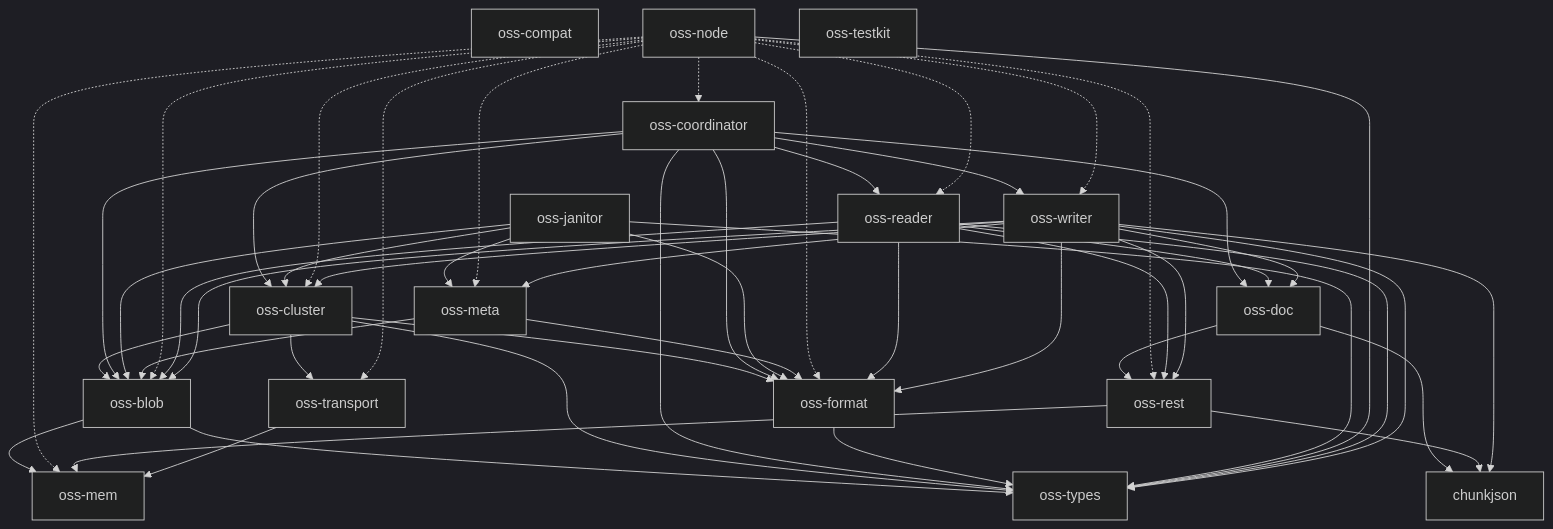
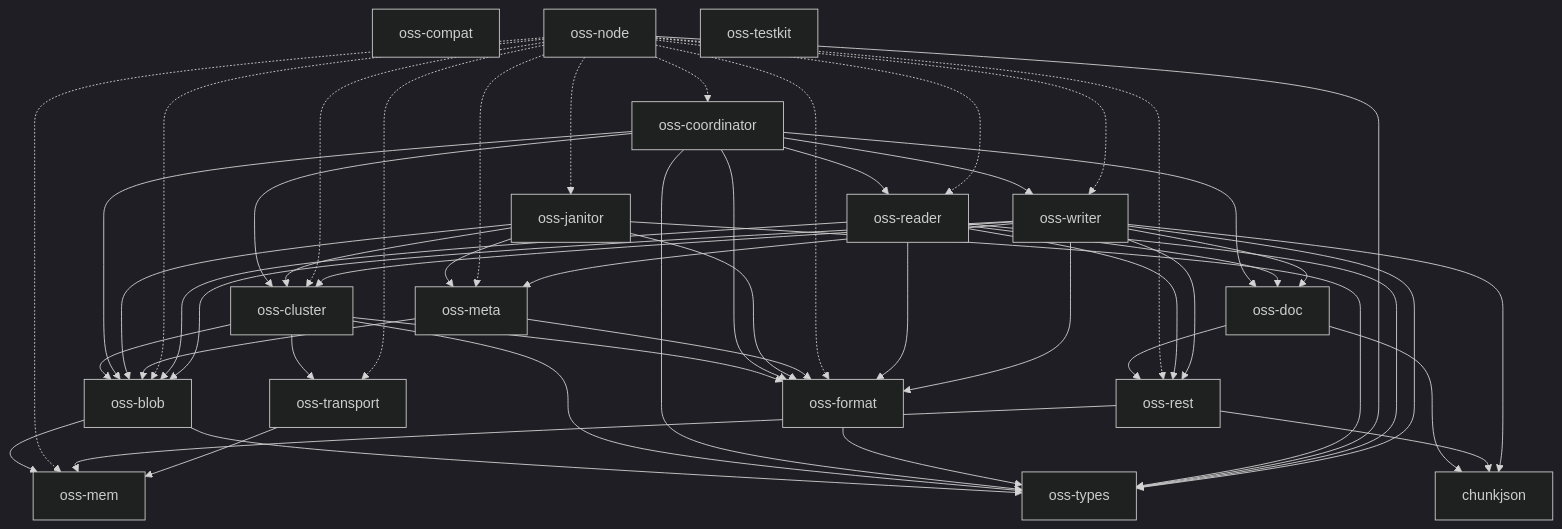
The diagram in docs/architecture.md (huyz0/opensearch-serverless), drawn with Mermaid (dark theme) before and after one commit.

Commit message:
docs(architecture): regenerate the crate map for the node's janitor edge

````diff
--- a/docs/architecture.md
+++ b/docs/architecture.md
@@ -10,58 +10,59 @@
 ```mermaid
 graph TD
     chunkjson
     oss-blob --> oss-mem
     oss-blob --> oss-types
     oss-cluster --> oss-blob
     oss-cluster --> oss-format
     oss-cluster --> oss-transport
     oss-cluster --> oss-types
     oss-compat
     oss-coordinator --> oss-blob
     oss-coordinator --> oss-cluster
     oss-coordinator --> oss-doc
     oss-coordinator --> oss-format
     oss-coordinator --> oss-reader
     oss-coordinator --> oss-types
     oss-coordinator --> oss-writer
     oss-doc --> chunkjson
     oss-doc --> oss-rest
     oss-format --> oss-types
     oss-janitor --> oss-blob
     oss-janitor --> oss-cluster
     oss-janitor --> oss-format
     oss-janitor --> oss-meta
     oss-janitor --> oss-types
     oss-mem
     oss-meta --> oss-blob
     oss-meta --> oss-format
     oss-node -.-> oss-blob
     oss-node -.-> oss-cluster
     oss-node -.-> oss-coordinator
     oss-node -.-> oss-format
+    oss-node -.-> oss-janitor
     oss-node -.-> oss-mem
     oss-node -.-> oss-meta
     oss-node -.-> oss-reader
     oss-node -.-> oss-rest
     oss-node -.-> oss-transport
     oss-node --> oss-types
     oss-node -.-> oss-writer
     oss-reader --> oss-blob
     oss-reader --> oss-doc
     oss-reader --> oss-format
     oss-reader --> oss-rest
     oss-reader --> oss-types
     oss-rest --> chunkjson
     oss-rest --> oss-mem
     oss-testkit
     oss-transport --> oss-mem
     oss-types
     oss-writer --> chunkjson
     oss-writer --> oss-blob
     oss-writer --> oss-cluster
     oss-writer --> oss-doc
     oss-writer --> oss-format
     oss-writer --> oss-meta
     oss-writer --> oss-rest
     oss-writer --> oss-types
 ```
````
